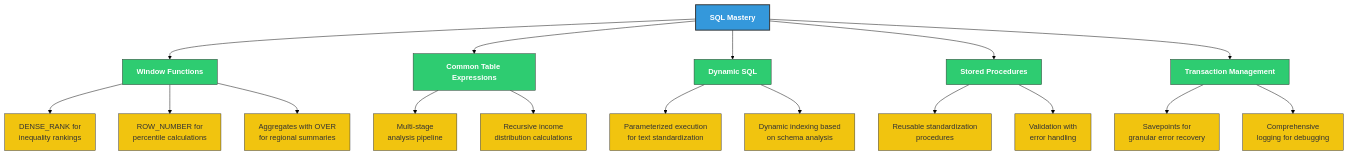
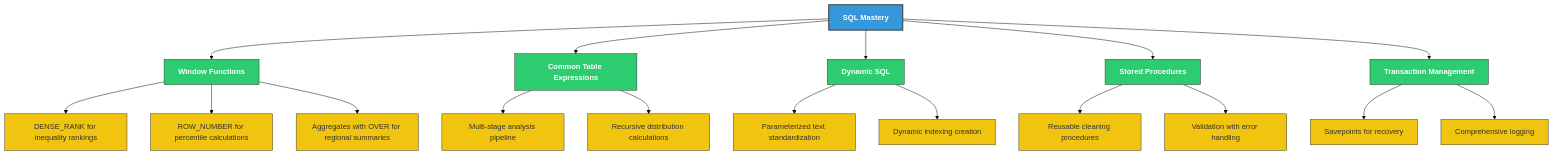
Before and after one commit to tzolkowski96/tzolkowski96: the second of 10 diagrams in us-household-income-analysis/README.md, drawn with Mermaid (forest theme). The commit also changed other lines of this file, not shown here.

Commit message:
refactor README.md for improved clarity and consistency in flowcharts and descriptions

````diff
--- a/us-household-income-analysis/README.md
+++ b/us-household-income-analysis/README.md
@@ -126,32 +126,32 @@
 ```mermaid
 flowchart TD
     A[SQL Mastery] --> B[Window Functions]
     A --> C[Common Table Expressions]
     A --> D[Dynamic SQL]
     A --> E[Stored Procedures]
     A --> F[Transaction Management]
     
-    B --> B1[DENSE_RANK for<br>inequality rankings]
-    B --> B2[ROW_NUMBER for<br>percentile calculations]
-    B --> B3[Aggregates with OVER<br>for regional summaries]
+    B --> B1[DENSE_RANK for inequality rankings]
+    B --> B2[ROW_NUMBER for percentile calculations]
+    B --> B3[Aggregates with OVER for regional summaries]
     
-    C --> C1[Multi-stage<br>analysis pipeline]
-    C --> C2[Recursive income<br>distribution calculations]
+    C --> C1[Multi-stage analysis pipeline]
+    C --> C2[Recursive distribution calculations]
     
-    D --> D1[Parameterized execution<br>for text standardization]
-    D --> D2[Dynamic indexing based<br>on schema analysis]
+    D --> D1[Parameterized text standardization]
+    D --> D2[Dynamic indexing creation]
     
-    E --> E1[Reusable standardization<br>procedures]
-    E --> E2[Validation with<br>error handling]
+    E --> E1[Reusable cleaning procedures]
+    E --> E2[Validation with error handling]
     
-    F --> F1[Savepoints for<br>granular error recovery]
-    F --> F2[Comprehensive<br>logging for debugging]
+    F --> F1[Savepoints for recovery]
+    F --> F2[Comprehensive logging]
     
     classDef main fill:#3498db,stroke:#333,stroke-width:2px,color:#fff,font-weight:bold
     classDef sub fill:#2ecc71,stroke:#333,stroke-width:1px,color:#fff,font-weight:bold
     classDef leaf fill:#f1c40f,stroke:#333,stroke-width:1px,color:#333
     
     class A main
     class B,C,D,E,F sub
     class B1,B2,B3,C1,C2,D1,D2,E1,E2,F1,F2 leaf
 ```
````
